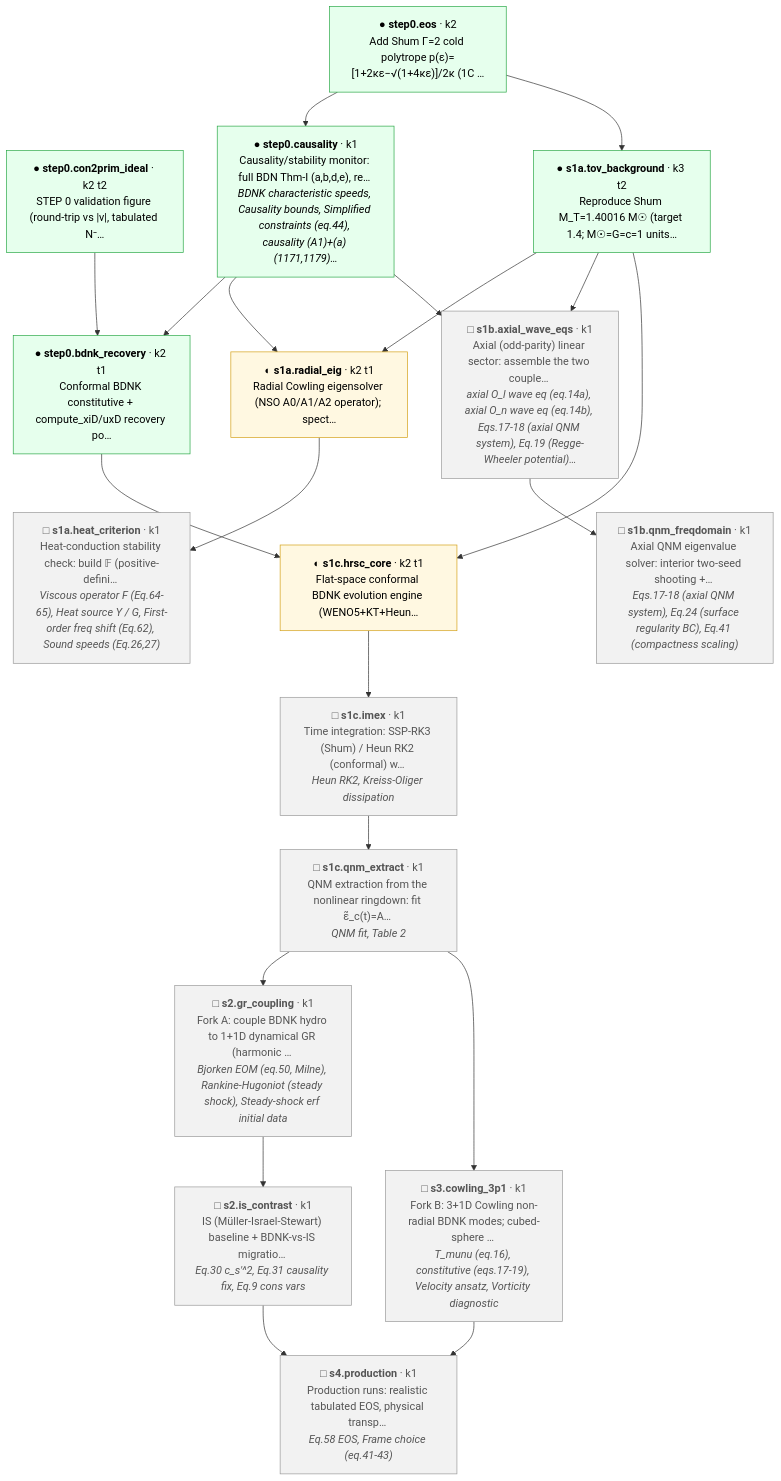
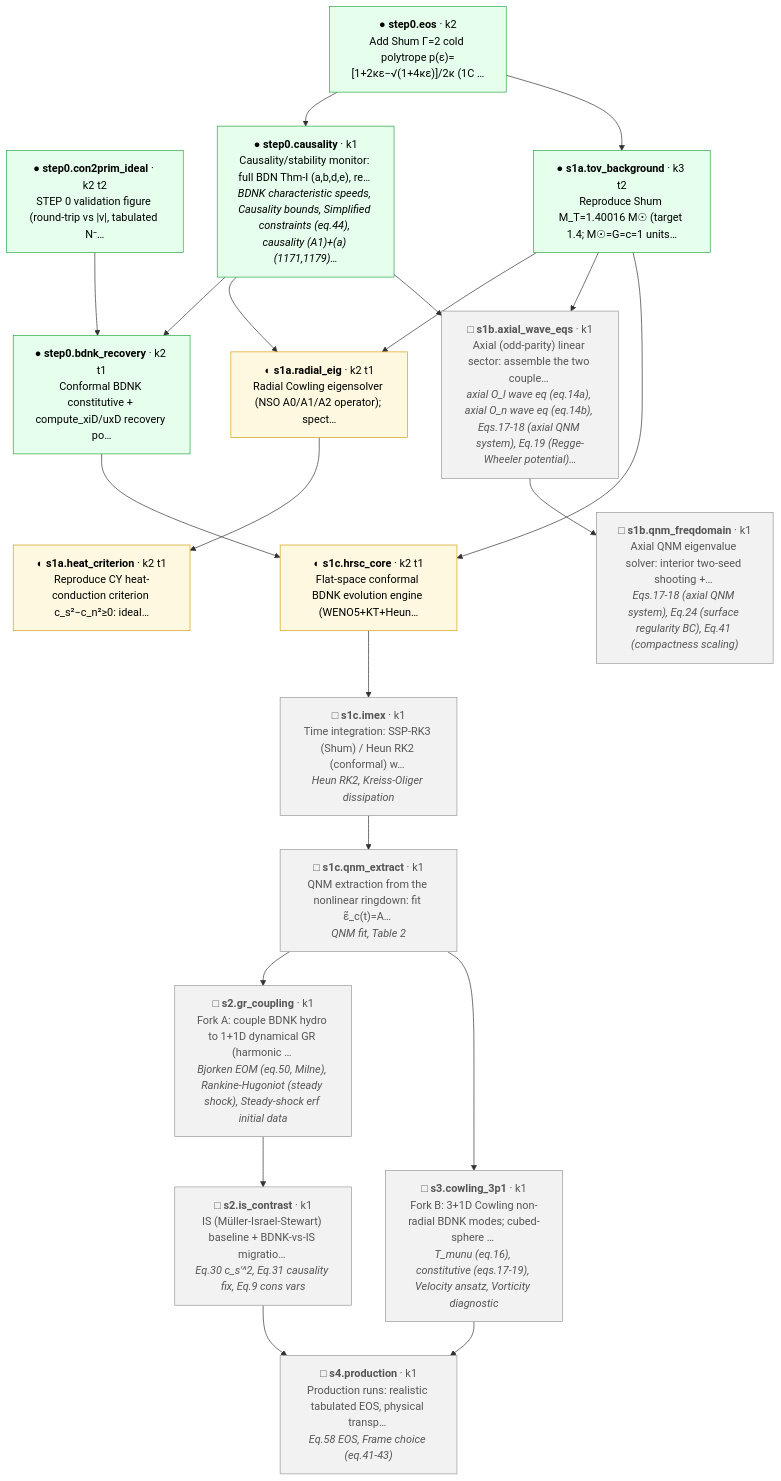
The diagram in progress/dag/project_dag.md (FoAKTEE/BDNK), drawn with Mermaid before and after one commit. The commit also changed 10 other files, not shown here.

First line of the commit message:
feat(eos): reproduce Caballero-Yunes heat-conduction criterion c_s²−c_n²

````diff
--- a/progress/dag/project_dag.md
+++ b/progress/dag/project_dag.md
@@ -5,44 +5,44 @@
 ```mermaid
 flowchart TD
   n_step0_eos["● <b>step0.eos</b> · k2<br/>Add Shum Γ=2 cold polytrope p(ε)=[1+2κε−√(1+4κε)]/2κ (1C …"]:::solid
   n_step0_con2prim_ideal["● <b>step0.con2prim_ideal</b> · k2 t2<br/>STEP 0 validation figure (round-trip vs |v|, tabulated N⁻…"]:::solid
   n_step0_causality["● <b>step0.causality</b> · k1<br/>Causality/stability monitor: full BDN Thm-I (a,b,d,e), re… <br/><i>BDNK characteristic speeds, Causality bounds, Simplified constraints (eq.44), causality (A1)+(a) (1171,1179)…</i>"]:::solid
   n_step0_bdnk_recovery["● <b>step0.bdnk_recovery</b> · k2 t1<br/>Conformal BDNK constitutive + compute_xiD/uxD recovery po…"]:::solid
   n_s1a_tov_background["● <b>s1a.tov_background</b> · k3 t2<br/>Reproduce Shum M_T=1.40016 M☉ (target 1.4; M☉=G=c=1 units…"]:::solid
   n_s1a_radial_eig["◐ <b>s1a.radial_eig</b> · k2 t1<br/>Radial Cowling eigensolver (NSO A0/A1/A2 operator); spect…"]:::preliminary
-  n_s1a_heat_criterion["□ <b>s1a.heat_criterion</b> · k1<br/>Heat-conduction stability check: build 𝔽 (positive-defini… <br/><i>Viscous operator F (Eq.64-65), Heat source Y / G, First-order freq shift (Eq.62), Sound speeds (Eq.26,27)</i>"]:::future
+  n_s1a_heat_criterion["◐ <b>s1a.heat_criterion</b> · k2 t1<br/>Reproduce CY heat-conduction criterion c_s²−c_n²≥0: ideal…"]:::preliminary
   n_s1b_axial_wave_eqs["□ <b>s1b.axial_wave_eqs</b> · k1<br/>Axial (odd-parity) linear sector: assemble the two couple… <br/><i>axial O_l wave eq (eq.14a), axial O_n wave eq (eq.14b), Eqs.17-18 (axial QNM system), Eq.19 (Regge-Wheeler potential)…</i>"]:::future
   n_s1b_qnm_freqdomain["□ <b>s1b.qnm_freqdomain</b> · k1<br/>Axial QNM eigenvalue solver: interior two-seed shooting +… <br/><i>Eqs.17-18 (axial QNM system), Eq.24 (surface regularity BC), Eq.41 (compactness scaling)</i>"]:::future
   n_s1c_hrsc_core["◐ <b>s1c.hrsc_core</b> · k2 t1<br/>Flat-space conformal BDNK evolution engine (WENO5+KT+Heun…"]:::preliminary
   n_s1c_imex["□ <b>s1c.imex</b> · k1<br/>Time integration: SSP-RK3 (Shum) / Heun RK2 (conformal) w… <br/><i>Heun RK2, Kreiss-Oliger dissipation</i>"]:::future
   n_s1c_qnm_extract["□ <b>s1c.qnm_extract</b> · k1<br/>QNM extraction from the nonlinear ringdown: fit ε̃_c(t)=A… <br/><i>QNM fit, Table 2</i>"]:::future
   n_s2_gr_coupling["□ <b>s2.gr_coupling</b> · k1<br/>Fork A: couple BDNK hydro to 1+1D dynamical GR (harmonic … <br/><i>Bjorken EOM (eq.50, Milne), Rankine-Hugoniot (steady shock), Steady-shock erf initial data</i>"]:::future
   n_s2_is_contrast["□ <b>s2.is_contrast</b> · k1<br/>IS (Müller-Israel-Stewart) baseline + BDNK-vs-IS migratio… <br/><i>Eq.30 c_s'^2, Eq.31 causality fix, Eq.9 cons vars</i>"]:::future
   n_s3_cowling_3p1["□ <b>s3.cowling_3p1</b> · k1<br/>Fork B: 3+1D Cowling non-radial BDNK modes; cubed-sphere … <br/><i>T_munu (eq.16), constitutive (eqs.17-19), Velocity ansatz, Vorticity diagnostic</i>"]:::future
   n_s4_production["□ <b>s4.production</b> · k1<br/>Production runs: realistic tabulated EOS, physical transp… <br/><i>Eq.58 EOS, Frame choice (eq.41-43)</i>"]:::future
   n_step0_eos --> n_step0_causality
   n_step0_con2prim_ideal --> n_step0_bdnk_recovery
   n_step0_causality --> n_step0_bdnk_recovery
   n_step0_eos --> n_s1a_tov_background
   n_s1a_tov_background --> n_s1a_radial_eig
   n_step0_causality --> n_s1a_radial_eig
   n_s1a_radial_eig --> n_s1a_heat_criterion
   n_s1a_tov_background --> n_s1b_axial_wave_eqs
   n_step0_causality --> n_s1b_axial_wave_eqs
   n_s1b_axial_wave_eqs --> n_s1b_qnm_freqdomain
   n_step0_bdnk_recovery --> n_s1c_hrsc_core
   n_s1a_tov_background --> n_s1c_hrsc_core
   n_s1c_hrsc_core --> n_s1c_imex
   n_s1c_imex --> n_s1c_qnm_extract
   n_s1c_qnm_extract --> n_s2_gr_coupling
   n_s2_gr_coupling --> n_s2_is_contrast
   n_s1c_qnm_extract --> n_s3_cowling_3p1
   n_s2_is_contrast --> n_s4_production
   n_s3_cowling_3p1 --> n_s4_production
   classDef solid fill:#e6ffed,stroke:#28a745,color:#000;
   classDef preliminary fill:#fff8e1,stroke:#d4a017,color:#000;
   classDef hypothesis fill:#e7f0ff,stroke:#4977c7,color:#000;
   classDef blocking fill:#ffe3e3,stroke:#d33,color:#000;
   classDef future fill:#f2f2f2,stroke:#999,color:#555;
   classDef amended fill:#f0f0f0,stroke:#aaa,color:#888;
 ```
````
